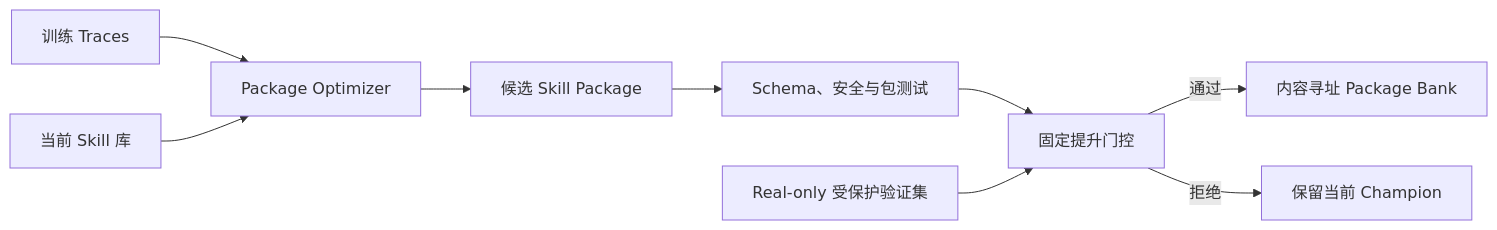
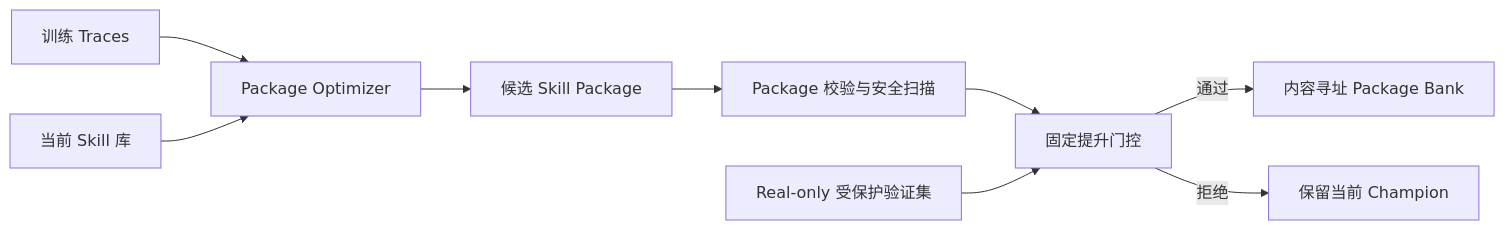
Before and after one commit to FengyuanYin/EvoFactSkill: the second of 2 diagrams in README.zh-CN.md, drawn with Mermaid. The commit also changed other lines of this file and 1 other file, not shown here.

````diff
--- a/README.zh-CN.md
+++ b/README.zh-CN.md
@@ -53,11 +52,11 @@
 ```mermaid
 flowchart LR
     A[训练 Traces] --> C[Package Optimizer]
     B[当前 Skill 库] --> C
     C --> D[候选 Skill Package]
-    D --> E[Schema、安全与包测试]
+    D --> E[Package 校验与安全扫描]
     E --> F[固定提升门控]
     G[Real-only 受保护验证集] --> F
     F -->|通过| H[内容寻址 Package Bank]
     F -->|拒绝| I[保留当前 Champion]
 ```
````
